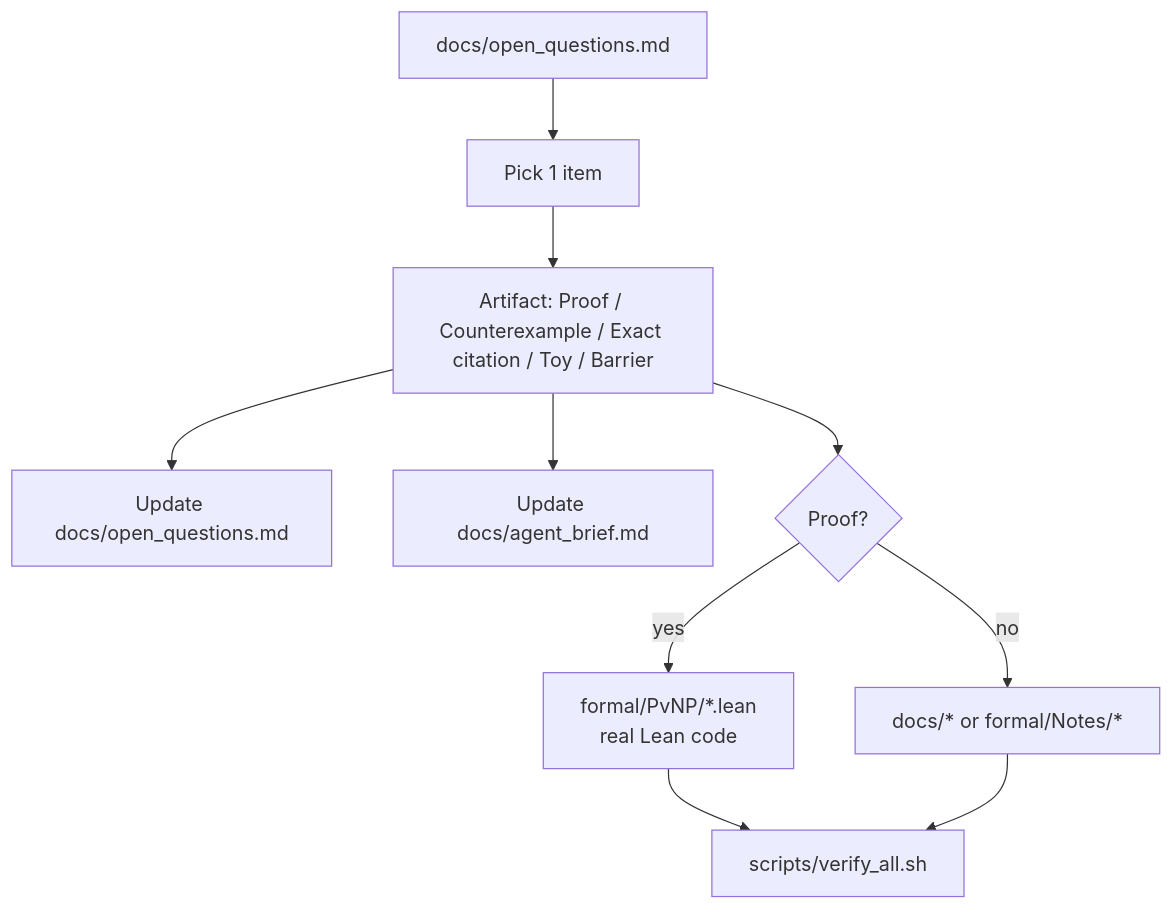
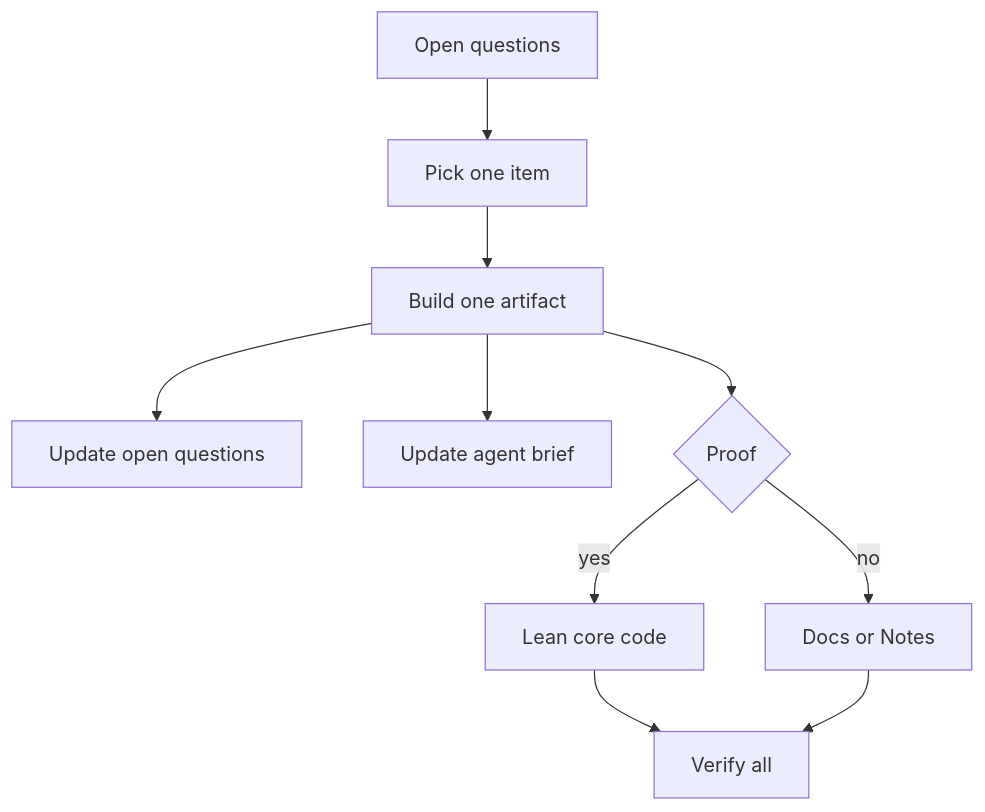
The fourth of 6 diagrams in ARCHITECTURE.md (Xopoko/Experiment-26_P_vs_NP), drawn with Mermaid before and after one commit. The commit also changed other lines of this file and 4 other files, not shown here.

````diff
--- a/ARCHITECTURE.md
+++ b/ARCHITECTURE.md
@@ -117,12 +117,12 @@
 ```mermaid
 graph TD
-  A[docs/open_questions.md] --> B[Pick 1 item]
-  B --> C[Artifact: Proof / Counterexample / Exact citation / Toy / Barrier]
-  C --> D[Update docs/open_questions.md]
-  C --> E[Update docs/agent_brief.md]
-  C --> F{Proof?}
-  F -->|yes| G[formal/PvNP/*.lean<br/>real Lean code]
-  F -->|no| H[docs/* or formal/Notes/*]
-  G --> I[scripts/verify_all.sh]
+  A[Open questions] --> B[Pick one item]
+  B --> C[Build one artifact]
+  C --> D[Update open questions]
+  C --> E[Update agent brief]
+  C --> F{Proof}
+  F -->|yes| G[Lean core code]
+  F -->|no| H[Docs or Notes]
+  G --> I[Verify all]
   H --> I
 ```
````
